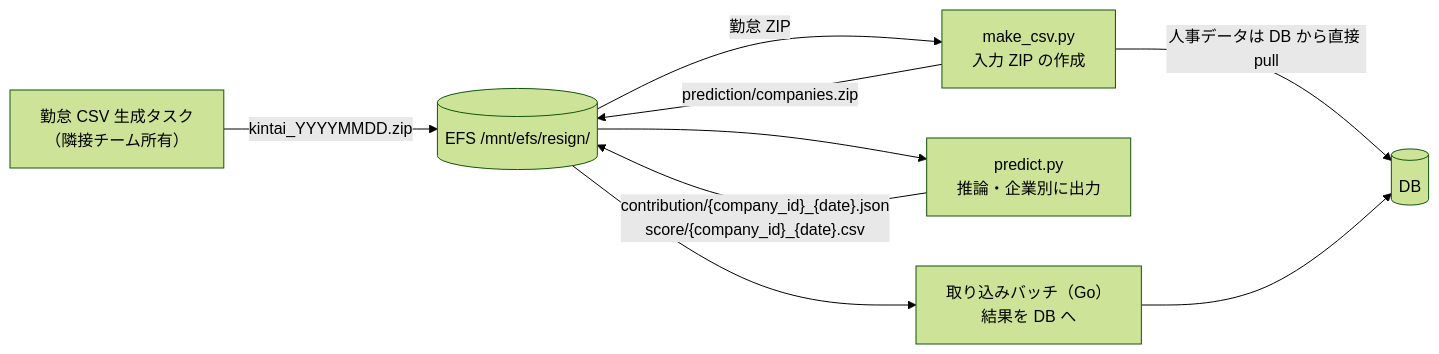
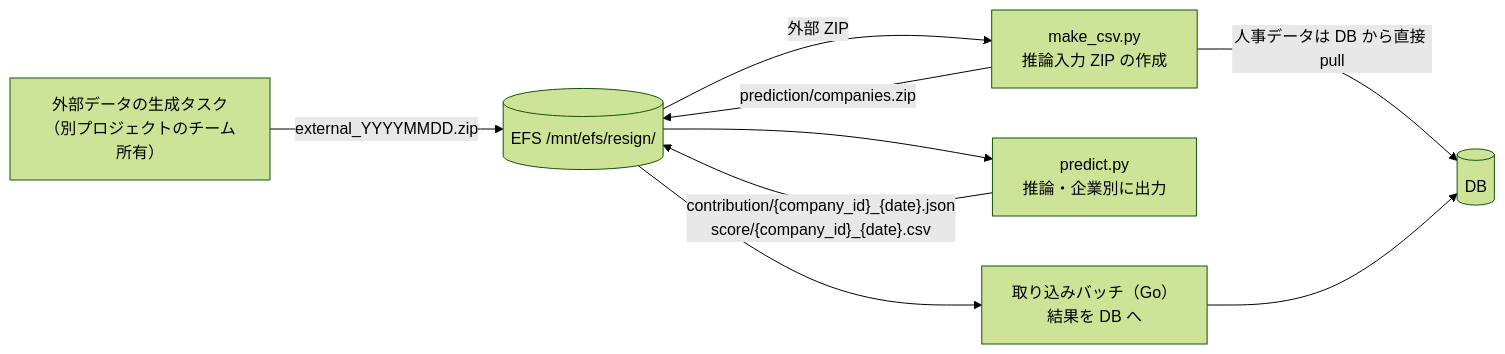
The first of 3 diagrams in 03-work/blog/qiita/EFSからS3へ移行してコスト92%削減、金額にして年1.19ドル。それでも移行した理由.md (zucky-quest/it-vault), drawn with Mermaid (forest theme) before and after one commit. The commit also changed other lines of this file, not shown here.

````diff
--- a/03-work/blog/qiita/EFSからS3へ移行してコスト92%削減、金額にして年1.19ドル。それでも移行した理由.md
+++ b/03-work/blog/qiita/EFSからS3へ移行してコスト92%削減、金額にして年1.19ドル。それでも移行した理由.md
@@ -36,18 +36,18 @@
 ```mermaid
 flowchart LR
-    KP["勤怠 CSV 生成タスク<br/>（隣接チーム所有）"]
-    MC["make_csv.py<br/>入力 ZIP の作成"]
+    KP["外部データの生成タスク<br/>（別プロジェクトのチーム所有）"]
+    MC["make_csv.py<br/>推論入力 ZIP の作成"]
     PD["predict.py<br/>推論・企業別に出力"]
     IMP["取り込みバッチ（Go）<br/>結果を DB へ"]
     EFS[("EFS /mnt/efs/resign/")]
     DB[("DB")]
 
-    KP -->|kintai_YYYYMMDD.zip| EFS
-    EFS -->|勤怠 ZIP| MC
+    KP -->|external_YYYYMMDD.zip| EFS
+    EFS -->|外部 ZIP| MC
     MC -->|人事データは DB から直接 pull| DB
     MC -->|prediction/companies.zip| EFS
     EFS --> PD
     PD -->|"contribution/{company_id}_{date}.json<br/>score/{company_id}_{date}.csv"| EFS
     EFS --> IMP
     IMP --> DB
 ```
````
